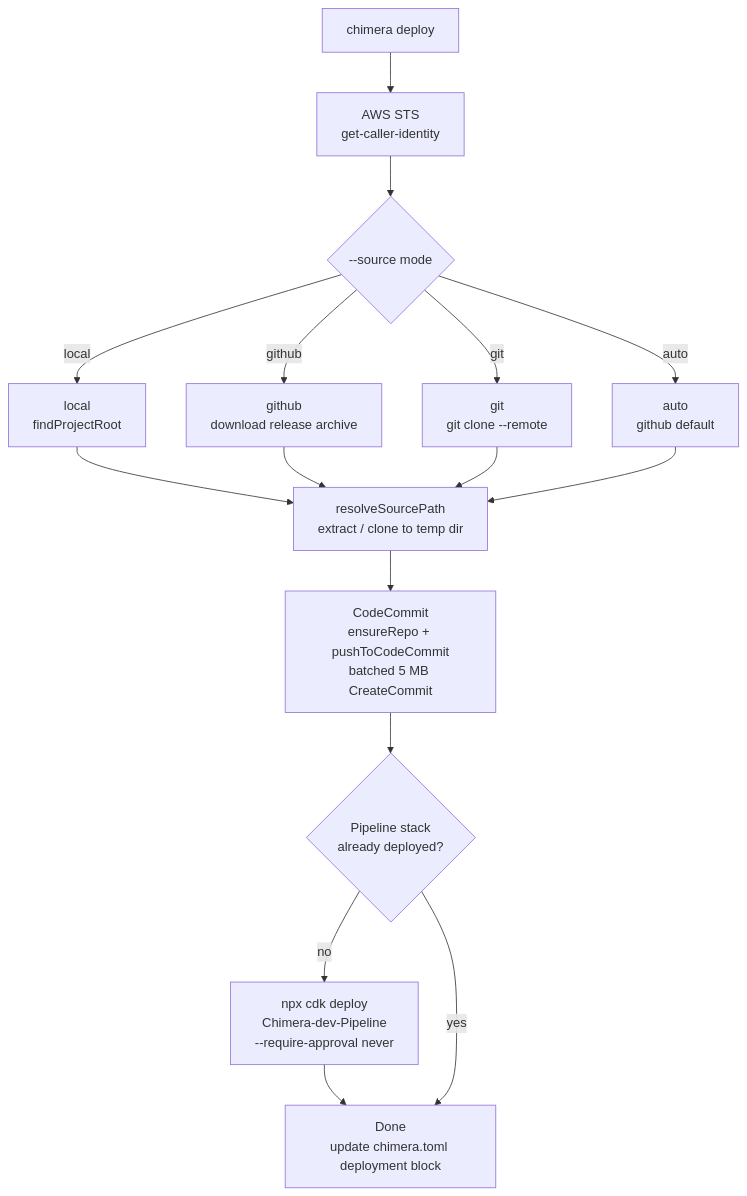
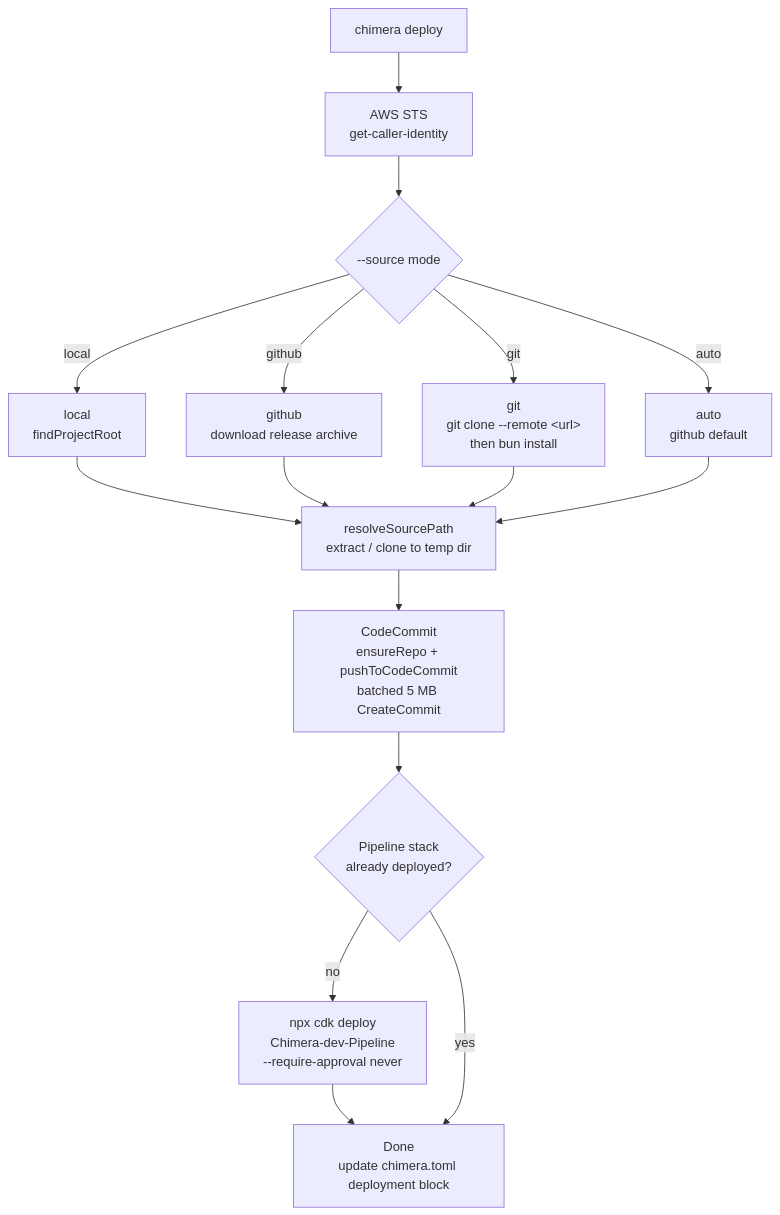
One commit to Codeseys-Labs/chimera changed the third of 9 diagrams in docs/architecture/cli-lifecycle.md. Above: the diagram before and after it, drawn with Mermaid. The commit also changed other lines of this file and 2 other files, not shown here.

First line of the commit message:
docs: ADR-032, sequence diagrams, and architecture updates for v0.4.0

````diff
--- a/docs/architecture/cli-lifecycle.md
+++ b/docs/architecture/cli-lifecycle.md
@@ -94,26 +104,26 @@
 ```mermaid
 flowchart TD
     START[chimera deploy]
     STS["AWS STS<br/>get-caller-identity"]
     SOURCE{--source mode}
     LOCAL["local<br/>findProjectRoot"]
     GITHUB["github<br/>download release archive"]
-    GIT["git<br/>git clone --remote"]
+    GIT["git<br/>git clone --remote &lt;url&gt;<br/>then bun install"]
     AUTO["auto<br/>github default"]
     RESOLVE["resolveSourcePath<br/>extract / clone to temp dir"]
     CC["CodeCommit<br/>ensureRepo + pushToCodeCommit<br/>batched 5 MB CreateCommit"]
     STACK_CHECK{"Pipeline stack<br/>already deployed?"}
     CDK["npx cdk deploy<br/>Chimera-dev-Pipeline<br/>--require-approval never"]
     DONE["Done<br/>update chimera.toml deployment block"]
 
     START --> STS --> SOURCE
     SOURCE -- local --> LOCAL
     SOURCE -- github --> GITHUB
     SOURCE -- git --> GIT
     SOURCE -- auto --> AUTO
     LOCAL & GITHUB & GIT & AUTO --> RESOLVE
     RESOLVE --> CC
     CC --> STACK_CHECK
     STACK_CHECK -- no --> CDK --> DONE
     STACK_CHECK -- yes --> DONE
 ```
````
